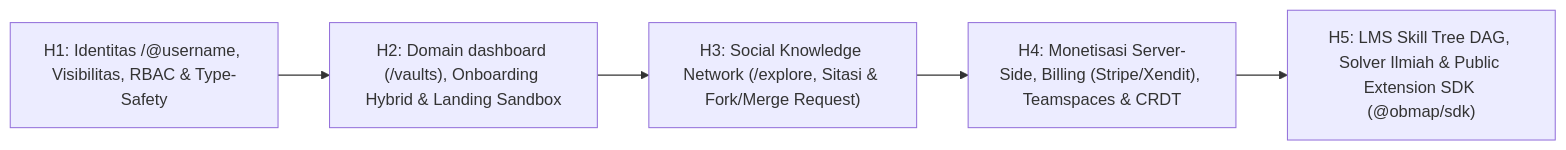
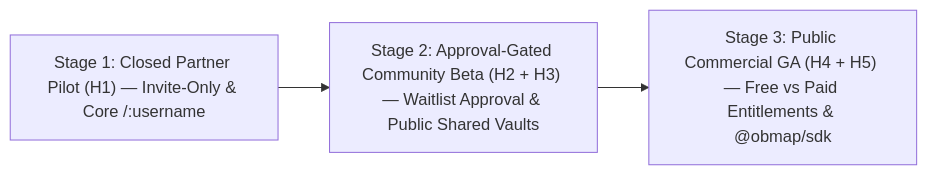
Before and after one commit to mjd-code/obmap-meed: the diagram in docs/00-meta/00-2-quovadis.md, drawn with Mermaid. The commit also changed other lines of this file and 130 other files, not shown here.

````diff
--- a/docs/00-meta/00-2-quovadis.md
+++ b/docs/00-meta/00-2-quovadis.md
@@ -87,7 +93,5 @@
 ```mermaid
 flowchart LR
-    H1["H1: Identitas /@username, Visibilitas, RBAC & Type-Safety"] --> H2["H2: Domain dashboard (/vaults), Onboarding Hybrid & Landing Sandbox"]
-    H2 --> H3["H3: Social Knowledge Network (/explore, Sitasi & Fork/Merge Request)"]
-    H3 --> H4["H4: Monetisasi Server-Side, Billing (Stripe/Xendit), Teamspaces & CRDT"]
-    H4 --> H5["H5: LMS Skill Tree DAG, Solver Ilmiah & Public Extension SDK (@obmap/sdk)"]
+    S1["Stage 1: Closed Partner Pilot (H1) — Invite-Only & Core /:username"] --> S2["Stage 2: Approval-Gated Community Beta (H2 + H3) — Waitlist Approval & Public Shared Vaults"]
+    S2 --> S3["Stage 3: Public Commercial GA (H4 + H5) — Free vs Paid Entitlements & @obmap/sdk"]
 ```
````
